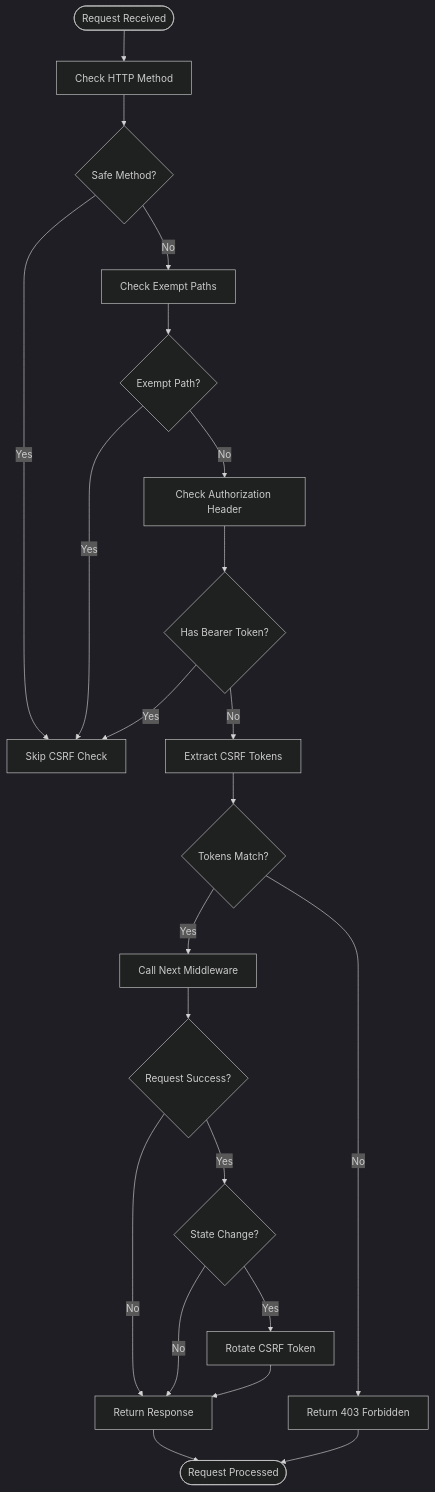
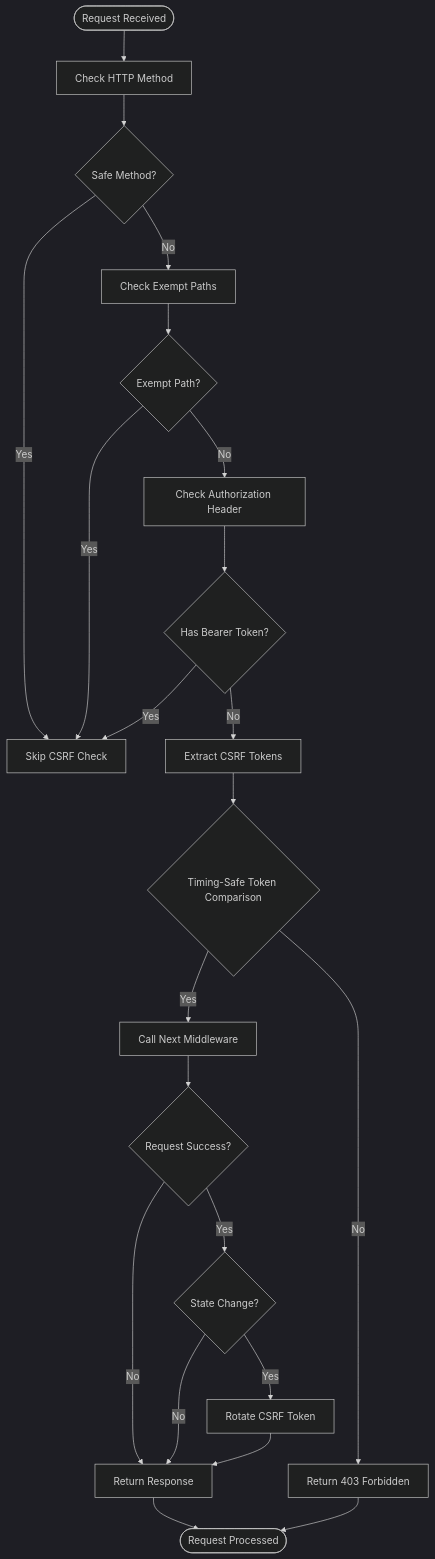
Before and after one commit to Revanththetalogics/aireume: the fourth of 7 diagrams in .qoder/repowiki/en/content/Advanced Topics/Security Hardening/CSRF Protection Middleware.md, drawn with Mermaid (dark theme). The commit also changed other lines of this file and 15 other files, not shown here.

````diff
--- a/.qoder/repowiki/en/content/Advanced Topics/Security Hardening/CSRF Protection Middleware.md
+++ b/.qoder/repowiki/en/content/Advanced Topics/Security Hardening/CSRF Protection Middleware.md
@@ -170,24 +172,24 @@
 ```mermaid
 flowchart TD
 Start([Request Received]) --> CheckMethod["Check HTTP Method"]
 CheckMethod --> IsSafe{"Safe Method?"}
 IsSafe --> |Yes| SkipCSRF["Skip CSRF Check"]
 IsSafe --> |No| CheckExempt["Check Exempt Paths"]
 CheckExempt --> IsExempt{"Exempt Path?"}
 IsExempt --> |Yes| SkipCSRF
 IsExempt --> |No| CheckAuth["Check Authorization Header"]
 CheckAuth --> HasAuth{"Has Bearer Token?"}
 HasAuth --> |Yes| SkipCSRF
 HasAuth --> |No| ExtractTokens["Extract CSRF Tokens"]
-ExtractTokens --> ValidateTokens{"Tokens Match?"}
+ExtractTokens --> ValidateTokens{"Timing-Safe Token Comparison"}
 ValidateTokens --> |No| Return403["Return 403 Forbidden"]
 ValidateTokens --> |Yes| CallNext["Call Next Middleware"]
 CallNext --> CheckSuccess{"Request Success?"}
 CheckSuccess --> |No| ReturnResponse["Return Response"]
 CheckSuccess --> |Yes| CheckStateChange{"State Change?"}
 CheckStateChange --> |No| ReturnResponse
 CheckStateChange --> |Yes| RotateToken["Rotate CSRF Token"]
 RotateToken --> ReturnResponse
 ReturnResponse --> End([Request Processed])
 Return403 --> End
 ```
````
